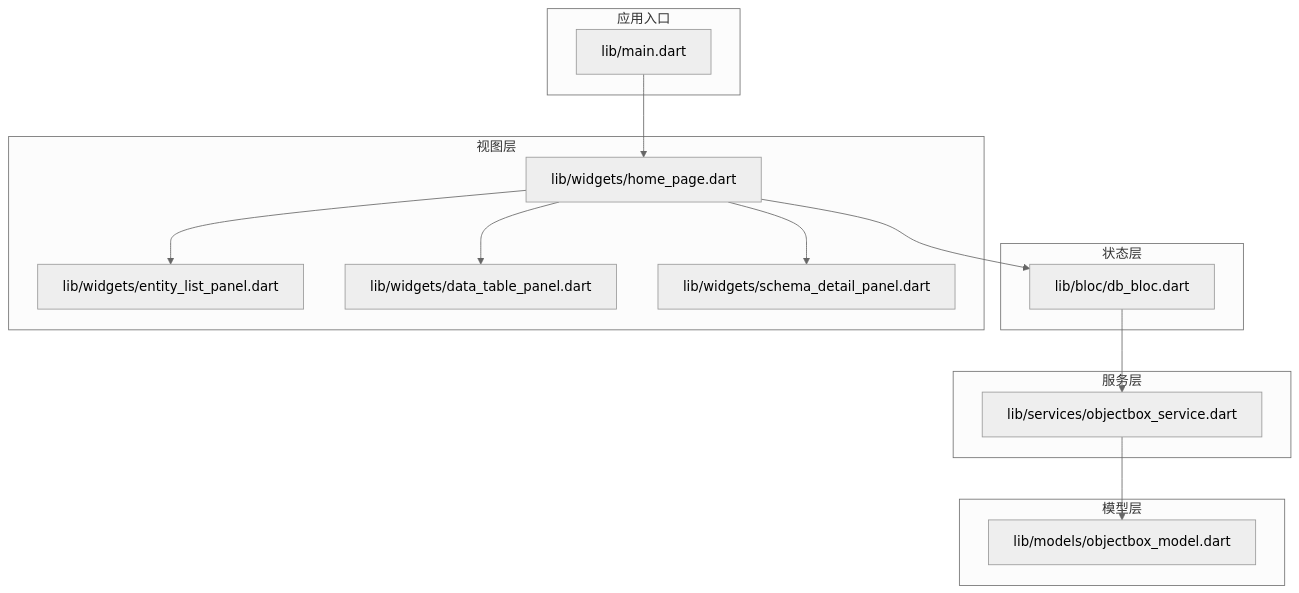
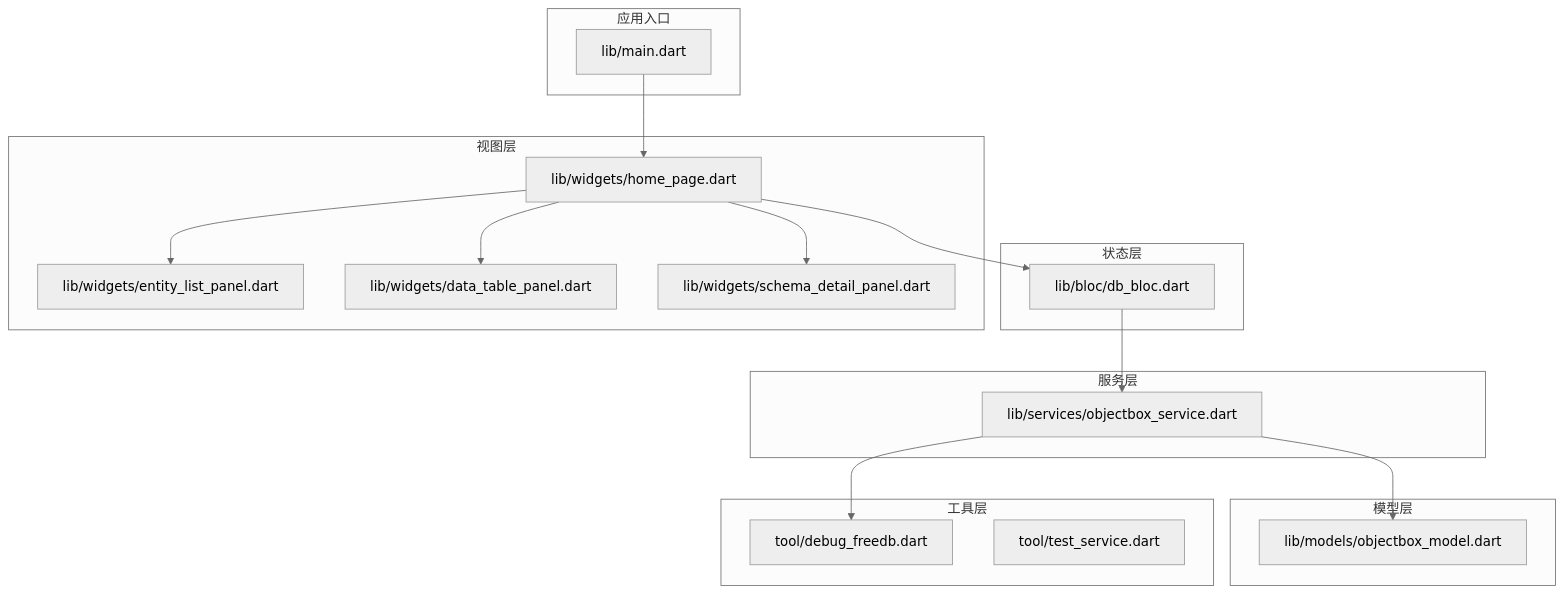
The first of 7 diagrams in .qoder/repowiki/zh/content/架构设计/服务层架构.md (kongpf8848/objectbox_viewer), drawn with Mermaid (neutral theme) before and after one commit. The commit also changed other lines of this file and 9 other files, not shown here.

````diff
--- a/.qoder/repowiki/zh/content/架构设计/服务层架构.md
+++ b/.qoder/repowiki/zh/content/架构设计/服务层架构.md
@@ -43,28 +52,33 @@
 ```mermaid
 graph TB
 subgraph "应用入口"
 MAIN["lib/main.dart"]
 end
 subgraph "状态层"
 BLOC["lib/bloc/db_bloc.dart"]
 end
 subgraph "服务层"
 SVC["lib/services/objectbox_service.dart"]
 end
 subgraph "模型层"
 MODEL["lib/models/objectbox_model.dart"]
 end
 subgraph "视图层"
 HOME["lib/widgets/home_page.dart"]
 ENTITY_LIST["lib/widgets/entity_list_panel.dart"]
 DATA_TABLE["lib/widgets/data_table_panel.dart"]
 SCHEMA_DETAIL["lib/widgets/schema_detail_panel.dart"]
 end
+subgraph "工具层"
+DEBUG_FREEDB["tool/debug_freedb.dart"]
+TEST_SERVICE["tool/test_service.dart"]
+end
 MAIN --> HOME
 HOME --> BLOC
 BLOC --> SVC
 SVC --> MODEL
+SVC --> DEBUG_FREEDB
 HOME --> ENTITY_LIST
 HOME --> DATA_TABLE
 HOME --> SCHEMA_DETAIL
 ```
````
